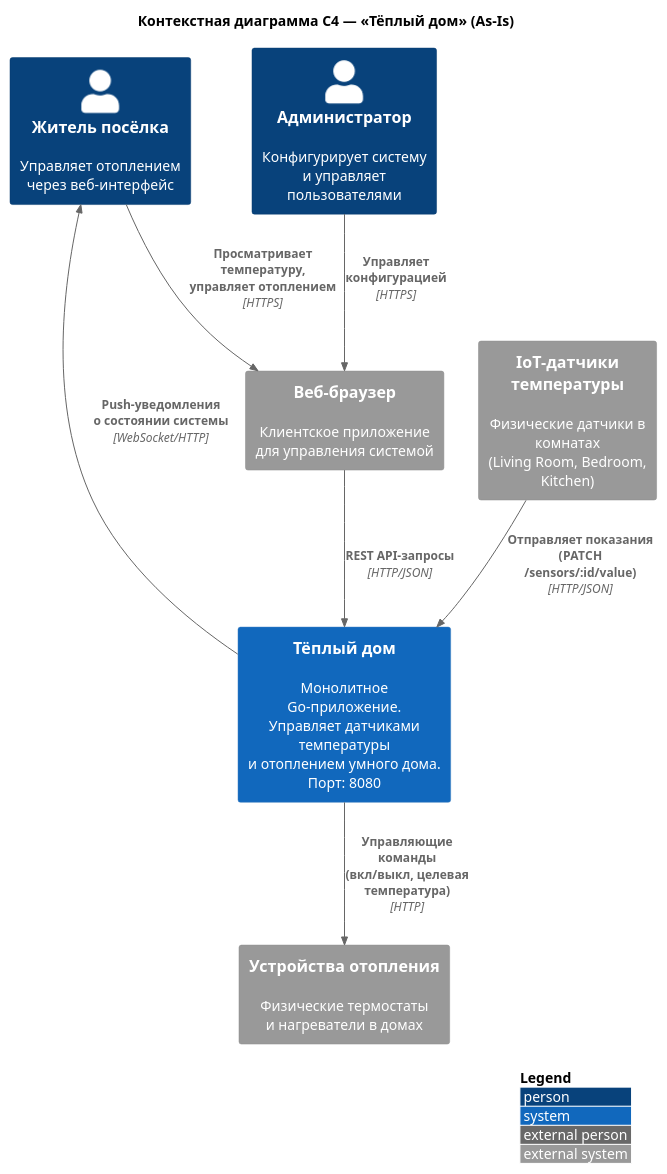
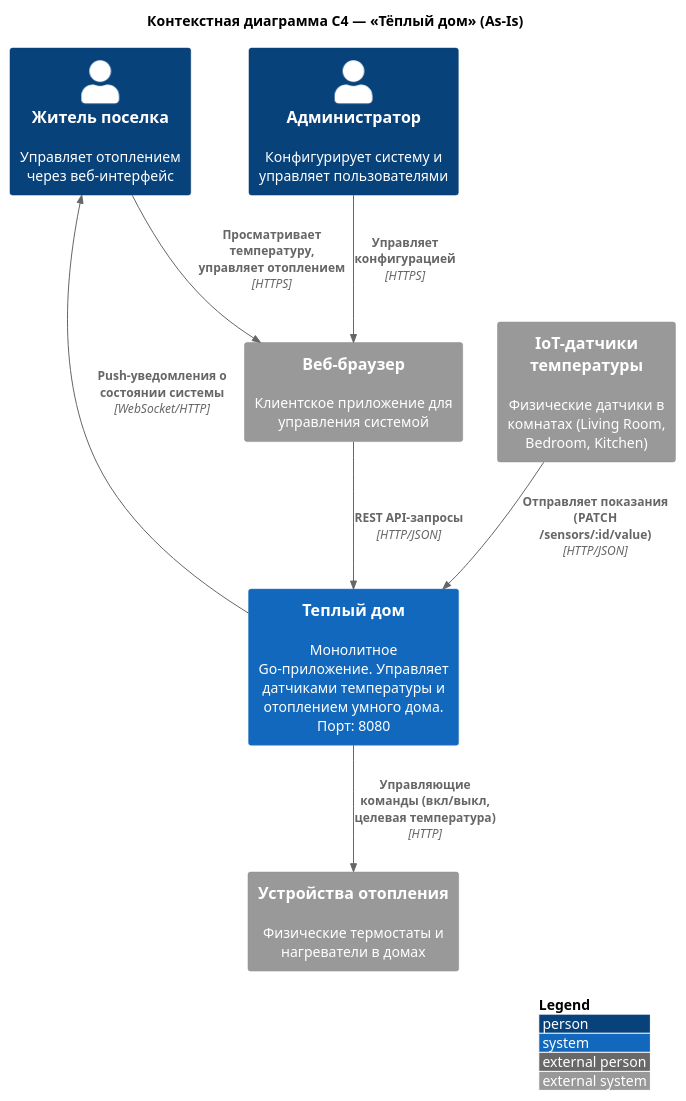
One commit to alexruek/architecture-pro-warmhouse changed the diagram in schemas/c4-context.puml. Above: the diagram before and after it, drawn with PlantUML.

```diff
--- a/schemas/c4-context.puml
+++ b/schemas/c4-context.puml
@@ -1,24 +1,24 @@
 @startuml C4_Context_WarmHome
 !include https://raw.githubusercontent.com/plantuml-stdlib/C4-PlantUML/master/C4_Context.puml
 
 LAYOUT_WITH_LEGEND()
 
 title Контекстная диаграмма C4 — «Тёплый дом» (As-Is)
 
-Person(resident, "Житель посёлка", "Управляет отоплением\nчерез веб-интерфейс")
-Person(admin, "Администратор", "Конфигурирует систему\nи управляет пользователями")
+Person(resident, "Житель поселка", "Управляет отоплением через веб-интерфейс")
+Person(admin, "Администратор", "Конфигурирует систему и управляет пользователями")
 
-System(smartHome, "Тёплый дом", "Монолитное Go-приложение.\nУправляет датчиками температуры\nи отоплением умного дома.\nПорт: 8080")
+System(smartHome, "Теплый дом", "Монолитное Go-приложение. Управляет датчиками температуры и отоплением умного дома. Порт: 8080")
 
-System_Ext(tempSensors, "IoT-датчики температуры", "Физические датчики в комнатах\n(Living Room, Bedroom, Kitchen)")
-System_Ext(heatingDevices, "Устройства отопления", "Физические термостаты\nи нагреватели в домах")
-System_Ext(webBrowser, "Веб-браузер", "Клиентское приложение\nдля управления системой")
+System_Ext(tempSensors, "IoT-датчики температуры", "Физические датчики в комнатах (Living Room, Bedroom, Kitchen)")
+System_Ext(heatingDevices, "Устройства отопления", "Физические термостаты и нагреватели в домах")
+System_Ext(webBrowser, "Веб-браузер", "Клиентское приложение для управления системой")
 
-Rel(resident, webBrowser, "Просматривает температуру,\nуправляет отоплением", "HTTPS")
+Rel(resident, webBrowser, "Просматривает температуру, управляет отоплением", "HTTPS")
 Rel(admin, webBrowser, "Управляет конфигурацией", "HTTPS")
 Rel(webBrowser, smartHome, "REST API-запросы", "HTTP/JSON")
-Rel(tempSensors, smartHome, "Отправляет показания\n(PATCH /sensors/:id/value)", "HTTP/JSON")
-Rel(smartHome, heatingDevices, "Управляющие команды\n(вкл/выкл, целевая температура)", "HTTP")
-Rel(smartHome, resident, "Push-уведомления\no состоянии системы", "WebSocket/HTTP")
+Rel(tempSensors, smartHome, "Отправляет показания (PATCH /sensors/:id/value)", "HTTP/JSON")
+Rel(smartHome, heatingDevices, "Управляющие команды (вкл/выкл, целевая температура)", "HTTP")
+Rel(smartHome, resident, "Push-уведомления о состоянии системы", "WebSocket/HTTP")
 
 @enduml
```
